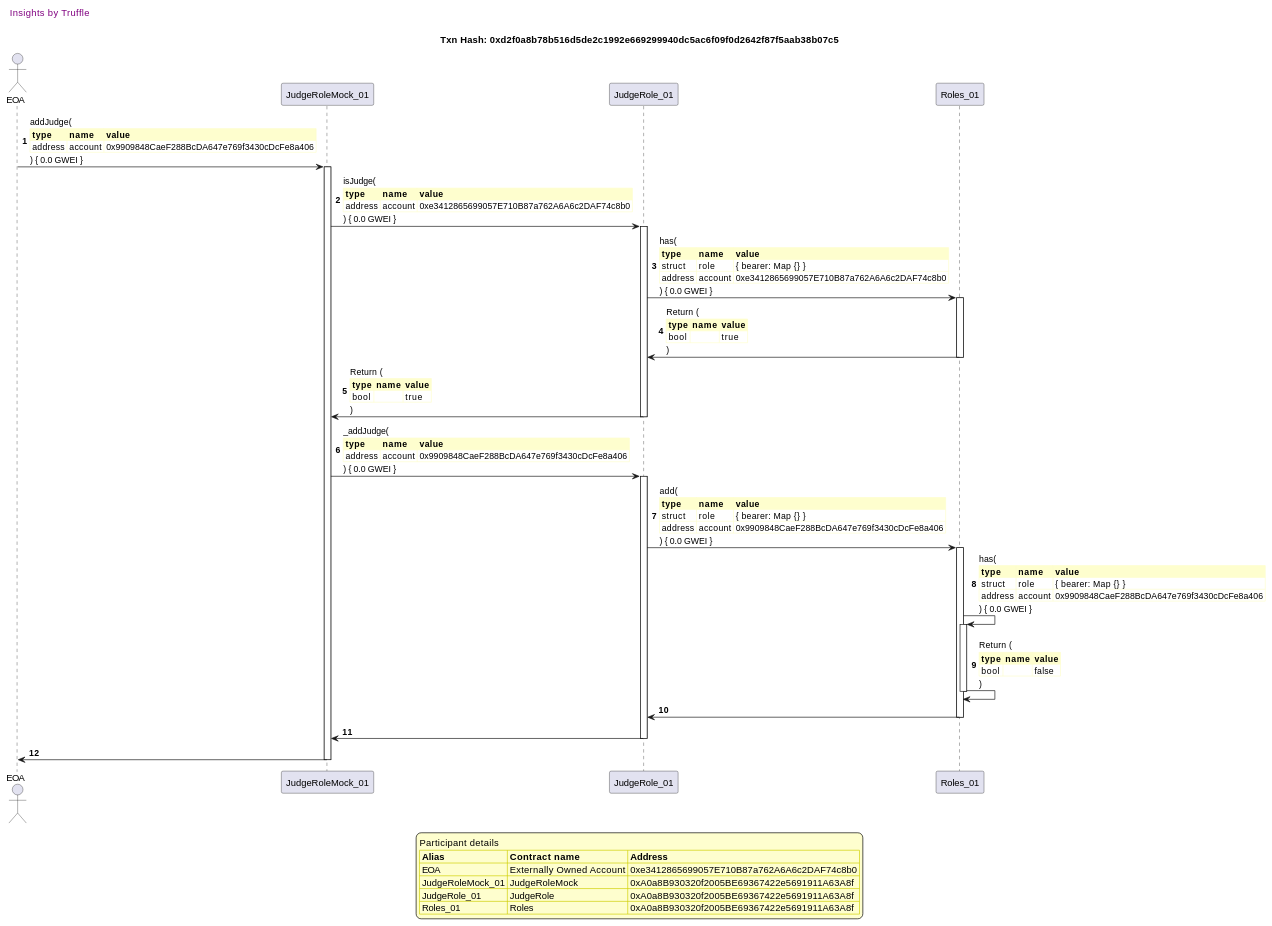
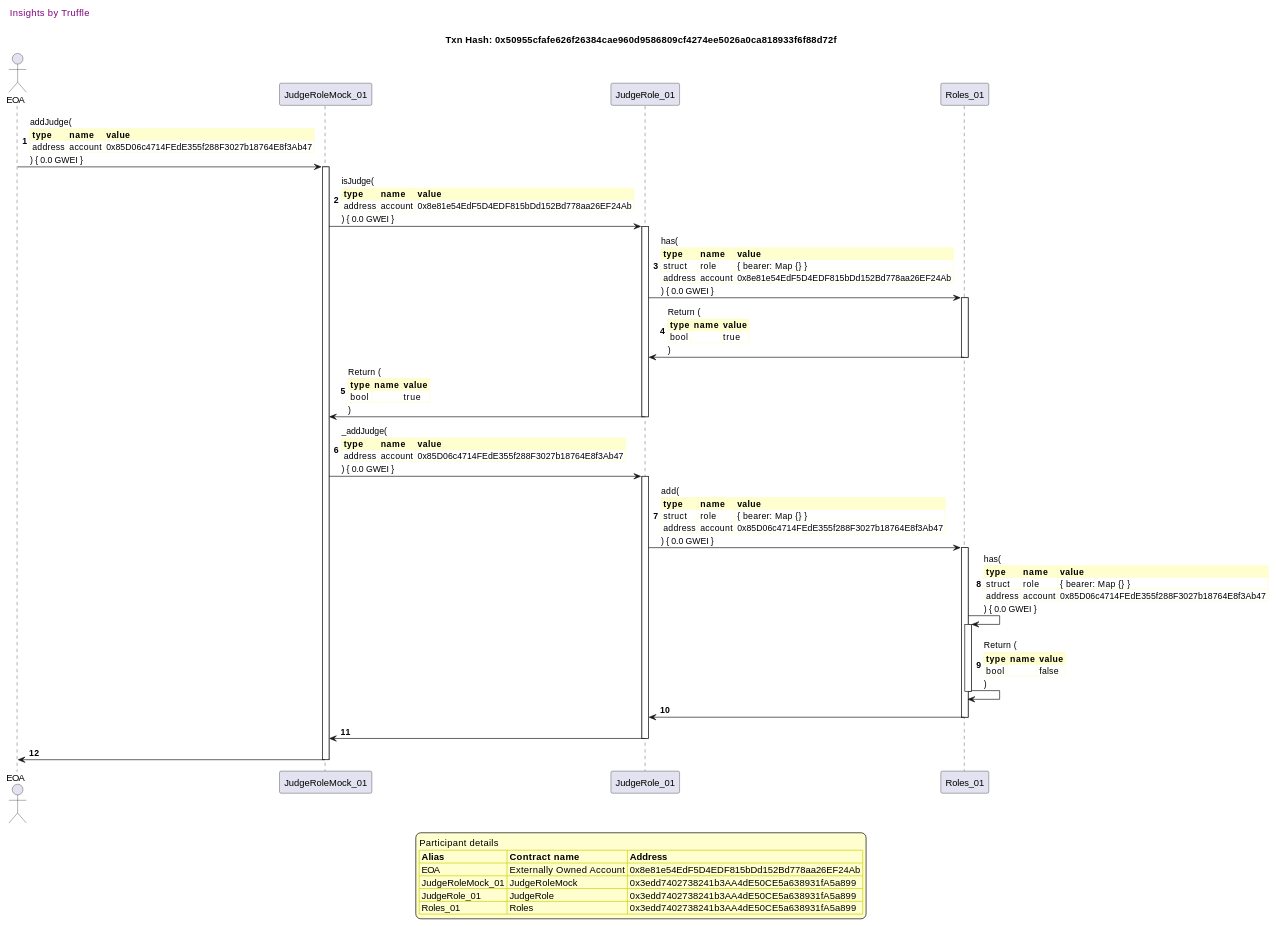
Before and after one commit to fodisi/hackapay: the second of 41 diagrams in truffle-seq/roles_judgerole.md, drawn with PlantUML. The commit also changed other lines of this file and 10 other files, not shown here.

````diff
--- a/truffle-seq/roles_judgerole.md
+++ b/truffle-seq/roles_judgerole.md
@@ -80,81 +80,81 @@
 ```plantuml
 
 
 @startuml
 
 autonumber
 skinparam legendBackgroundColor #FEFECE
 
 <style>
       header {
         HorizontalAlignment left
         FontColor purple
         FontSize 14
         Padding 10
       }
     </style>
 
 header Insights by Truffle
 
-title Txn Hash: 0xd2f0a8b78b516d5de2c1992e669299940dc5ac6f09f0d2642f87f5aab38b07c5
+title Txn Hash: 0x50955cfafe626f26384cae960d9586809cf4274ee5026a0ca818933f6f88d72f
 
 
 actor EOA as "EOA"
 participant JudgeRoleMock_01 as "JudgeRoleMock_01"
 participant JudgeRole_01 as "JudgeRole_01"
 participant Roles_01 as "Roles_01"
 
 "EOA" -> "JudgeRoleMock_01" ++: addJudge(\n\
 <#FEFECE,#FEFECE>|= type |= name |= value |\n\
-| address | account | 0x9909848CaeF288BcDA647e769f3430cDcFe8a406 |\n\
+| address | account | 0x85D06c4714FEdE355f288F3027b18764E8f3Ab47 |\n\
 ) { 0.0 GWEI }
 "JudgeRoleMock_01" -> "JudgeRole_01" ++: isJudge(\n\
 <#FEFECE,#FEFECE>|= type |= name |= value |\n\
-| address | account | 0xe3412865699057E710B87a762A6A6c2DAF74c8b0 |\n\
+| address | account | 0x8e81e54EdF5D4EDF815bDd152Bd778aa26EF24Ab |\n\
 ) { 0.0 GWEI }
 "JudgeRole_01" -> "Roles_01" ++: has(\n\
 <#FEFECE,#FEFECE>|= type |= name |= value |\n\
 | struct | role | { bearer: Map {} } |\n\
-| address | account | 0xe3412865699057E710B87a762A6A6c2DAF74c8b0 |\n\
+| address | account | 0x8e81e54EdF5D4EDF815bDd152Bd778aa26EF24Ab |\n\
 ) { 0.0 GWEI }
 "Roles_01" -> "JudgeRole_01" --: Return (\n\
 <#FEFECE,#FEFECE>|= type |= name |= value |\n\
 | bool |  | true |\n\
 )
 "JudgeRole_01" -> "JudgeRoleMock_01" --: Return (\n\
 <#FEFECE,#FEFECE>|= type |= name |= value |\n\
 | bool |  | true |\n\
 )
 "JudgeRoleMock_01" -> "JudgeRole_01" ++: _addJudge(\n\
 <#FEFECE,#FEFECE>|= type |= name |= value |\n\
-| address | account | 0x9909848CaeF288BcDA647e769f3430cDcFe8a406 |\n\
+| address | account | 0x85D06c4714FEdE355f288F3027b18764E8f3Ab47 |\n\
 ) { 0.0 GWEI }
 "JudgeRole_01" -> "Roles_01" ++: add(\n\
 <#FEFECE,#FEFECE>|= type |= name |= value |\n\
 | struct | role | { bearer: Map {} } |\n\
-| address | account | 0x9909848CaeF288BcDA647e769f3430cDcFe8a406 |\n\
+| address | account | 0x85D06c4714FEdE355f288F3027b18764E8f3Ab47 |\n\
 ) { 0.0 GWEI }
 "Roles_01" -> "Roles_01" ++: has(\n\
 <#FEFECE,#FEFECE>|= type |= name |= value |\n\
 | struct | role | { bearer: Map {} } |\n\
-| address | account | 0x9909848CaeF288BcDA647e769f3430cDcFe8a406 |\n\
+| address | account | 0x85D06c4714FEdE355f288F3027b18764E8f3Ab47 |\n\
 ) { 0.0 GWEI }
 "Roles_01" -> "Roles_01" --: Return (\n\
 <#FEFECE,#FEFECE>|= type |= name |= value |\n\
 | bool |  | false |\n\
 )
 "Roles_01" -> "JudgeRole_01" --: 
 "JudgeRole_01" -> "JudgeRoleMock_01" --: 
 "JudgeRoleMock_01" -> "EOA" --: 
 
 legend
 Participant details
 <#FEFECE,#D0D000>|= Alias |= Contract name |= Address |
-<#FEFECE>| EOA | Externally Owned Account | 0xe3412865699057E710B87a762A6A6c2DAF74c8b0 |
-<#FEFECE>| JudgeRoleMock_01 | JudgeRoleMock | 0xA0a8B930320f2005BE69367422e5691911A63A8f |
-<#FEFECE>| JudgeRole_01 | JudgeRole | 0xA0a8B930320f2005BE69367422e5691911A63A8f |
-<#FEFECE>| Roles_01 | Roles | 0xA0a8B930320f2005BE69367422e5691911A63A8f |
+<#FEFECE>| EOA | Externally Owned Account | 0x8e81e54EdF5D4EDF815bDd152Bd778aa26EF24Ab |
+<#FEFECE>| JudgeRoleMock_01 | JudgeRoleMock | 0x3edd7402738241b3AA4dE50CE5a638931fA5a899 |
+<#FEFECE>| JudgeRole_01 | JudgeRole | 0x3edd7402738241b3AA4dE50CE5a638931fA5a899 |
+<#FEFECE>| Roles_01 | Roles | 0x3edd7402738241b3AA4dE50CE5a638931fA5a899 |
 endlegend
 
 @enduml
 ```
````
